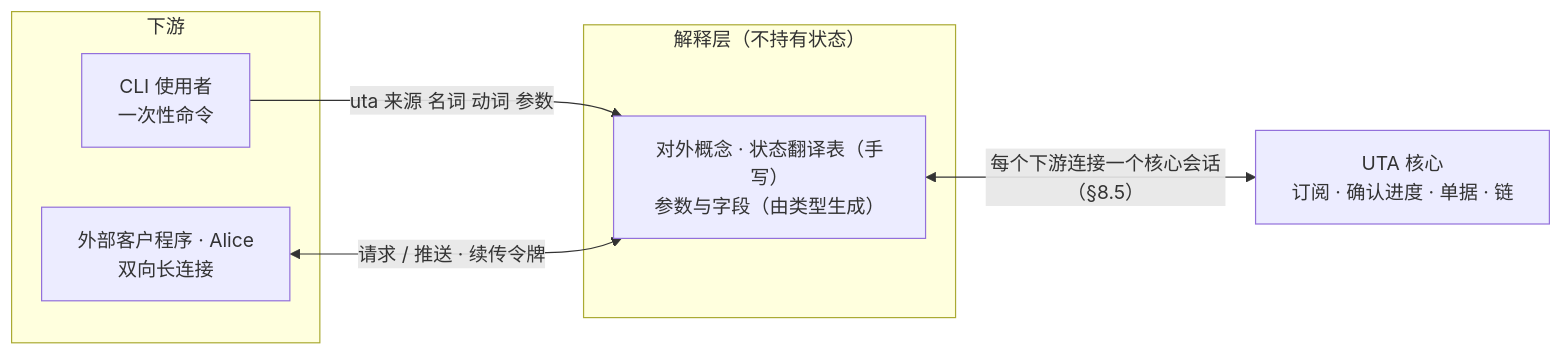
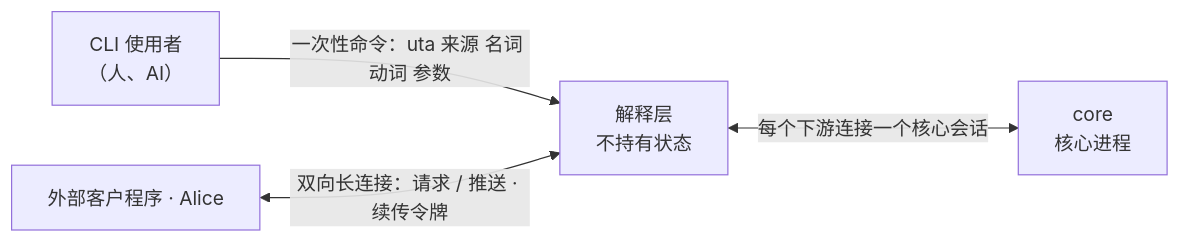
The first of 2 diagrams in design/downstream/design.md (mouriya-s-lab/uta), drawn with Mermaid before and after one commit. The commit also changed other lines of this file and 58 other files, not shown here.

````diff
--- a/design/downstream/design.md
+++ b/design/downstream/design.md
@@ -17,13 +26,10 @@
 ```mermaid
 flowchart LR
-  subgraph DS["下游"]
-    CLI["CLI 使用者<br/>一次性命令"]
-    EXT["外部客户程序 · Alice<br/>双向长连接"]
-  end
-  subgraph IL["解释层（不持有状态）"]
-    TR["对外概念 · 状态翻译表（手写）<br/>参数与字段（由类型生成）"]
-  end
-  CLI -->|"uta 来源 名词 动词 参数"| TR
-  EXT <-->|"请求 / 推送 · 续传令牌"| TR
-  TR <-->|"每个下游连接一个核心会话（§8.5）"| CORE["UTA 核心<br/>订阅 · 确认进度 · 单据 · 链"]
+  CLIU["CLI 使用者<br/>（人、AI）"]
+  EXT["外部客户程序 · Alice"]
+  IL["解释层<br/>不持有状态"]
+  CORE["core<br/>核心进程"]
+  CLIU -->|"一次性命令：uta 来源 名词 动词 参数"| IL
+  EXT <-->|"双向长连接：请求 / 推送 · 续传令牌"| IL
+  IL <-->|"每个下游连接一个核心会话"| CORE
 ```
````
